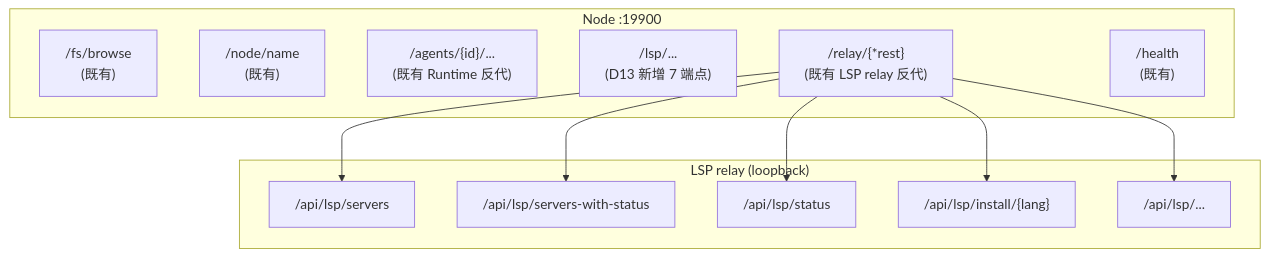
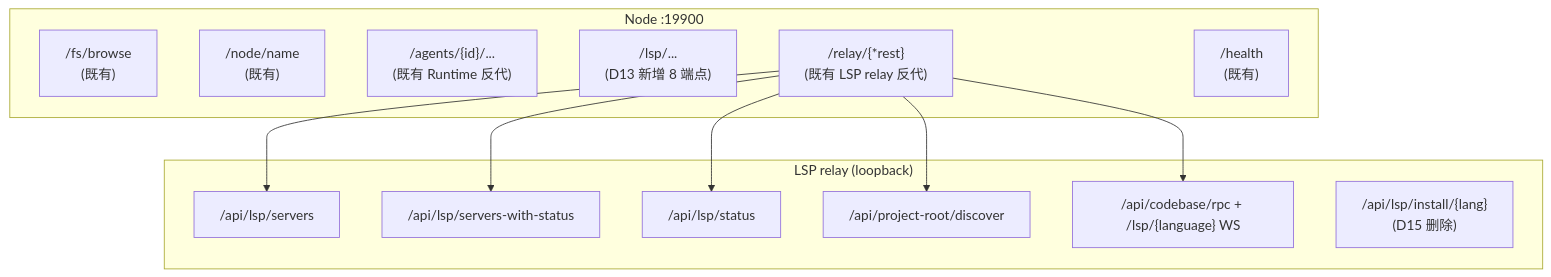
One commit to acowork/ACowork changed the diagram in docs/adr/zh/ADR-091-lsp-server-registry-node.md. Above: the diagram before and after it, drawn with Mermaid. The commit also changed other lines of this file and 53 other files, not shown here.

````diff
--- a/docs/adr/zh/ADR-091-lsp-server-registry-node.md
+++ b/docs/adr/zh/ADR-091-lsp-server-registry-node.md
@@ -243,23 +281,24 @@
 ```mermaid
 graph TB
     subgraph NODE["Node :19900"]
         A["/fs/browse<br/>(既有)"]
         B["/node/name<br/>(既有)"]
         C["/agents/{id}/...<br/>(既有 Runtime 反代)"]
-        D["/lsp/...<br/>(D13 新增 7 端点)"]
+        D["/lsp/...<br/>(D13 新增 8 端点)"]
         E["/relay/{*rest}<br/>(既有 LSP relay 反代)"]
         F["/health<br/>(既有)"]
     end
     subgraph RELAY["LSP relay (loopback)"]
         R1["/api/lsp/servers"]
         R2["/api/lsp/servers-with-status"]
         R3["/api/lsp/status"]
-        R4["/api/lsp/install/{lang}"]
-        R5["/api/lsp/..."]
+        R4["/api/project-root/discover"]
+        R5["/api/codebase/rpc + /lsp/{language} WS"]
+        R6["/api/lsp/install/{lang}<br/>(D15 删除)"]
     end
     E --> R1
     E --> R2
     E --> R3
     E --> R4
     E --> R5
 ```
````
